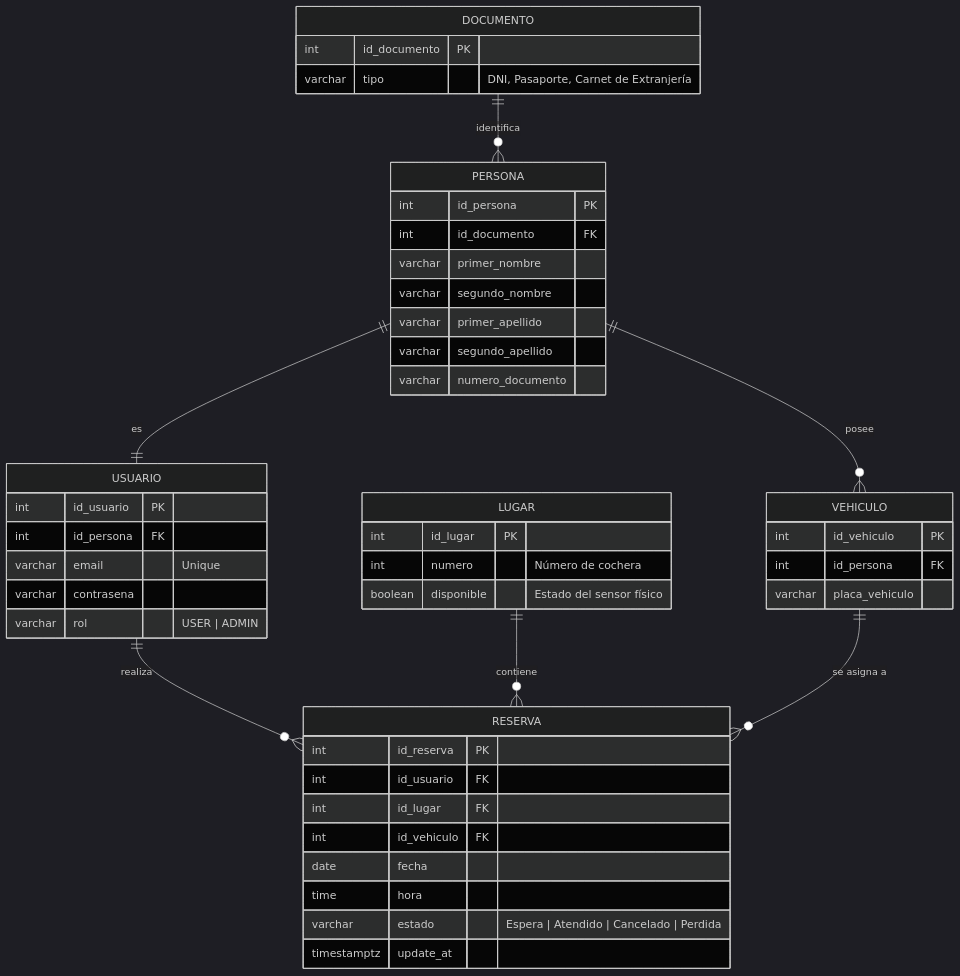
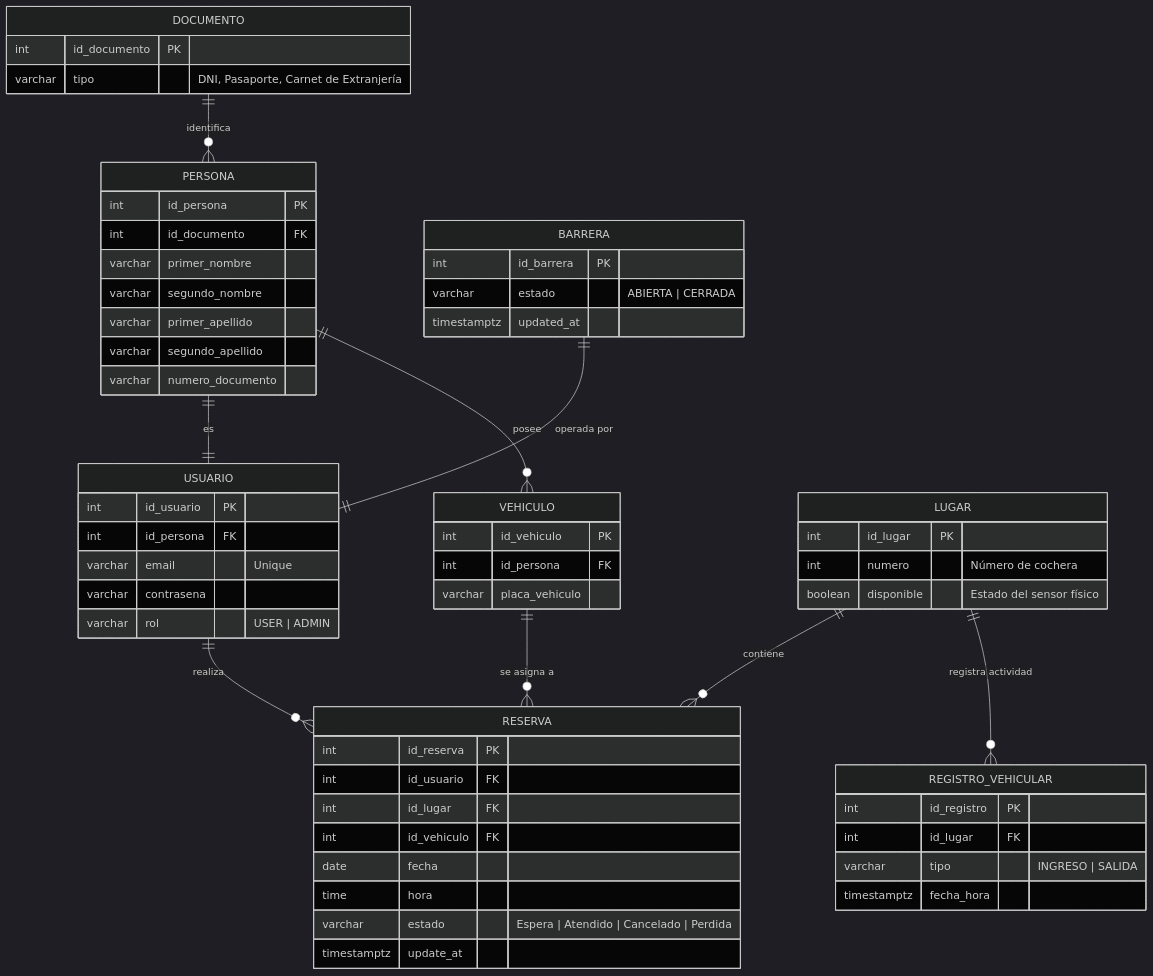
The diagram in README.md (Cesar-Sanchez-sof/EstacionamientoInteligente), drawn with Mermaid (dark theme) before and after one commit. The commit also changed other lines of this file, not shown here.

Commit message:
docs: update README.md with IoT double barrier control and ESP32 multi-core architecture

````diff
--- a/README.md
+++ b/README.md
@@ -69,50 +77,63 @@
 ```mermaid
 erDiagram
     DOCUMENTO ||--o{ PERSONA : "identifica"
     PERSONA ||--|| USUARIO : "es"
     PERSONA ||--o{ VEHICULO : "posee"
     USUARIO ||--o{ RESERVA : "realiza"
     LUGAR ||--o{ RESERVA : "contiene"
     VEHICULO ||--o{ RESERVA : "se asigna a"
+    LUGAR ||--o{ REGISTRO_VEHICULAR : "registra actividad"
+    BARRERA ||--|| USUARIO : "operada por"
 
     DOCUMENTO {
         int id_documento PK
         varchar tipo "DNI, Pasaporte, Carnet de Extranjería"
     }
     PERSONA {
         int id_persona PK
         int id_documento FK
         varchar primer_nombre
         varchar segundo_nombre
         varchar primer_apellido
         varchar segundo_apellido
         varchar numero_documento
     }
     VEHICULO {
         int id_vehiculo PK
         int id_persona FK
         varchar placa_vehiculo
     }
     USUARIO {
         int id_usuario PK
         int id_persona FK
         varchar email "Unique"
         varchar contrasena
         varchar rol "USER | ADMIN"
     }
     LUGAR {
         int id_lugar PK
         int numero "Número de cochera"
         boolean disponible "Estado del sensor físico"
     }
     RESERVA {
         int id_reserva PK
         int id_usuario FK
         int id_lugar FK
         int id_vehiculo FK
         date fecha
         time hora
         varchar estado "Espera | Atendido | Cancelado | Perdida"
         timestamptz update_at
     }
+    REGISTRO_VEHICULAR {
+        int id_registro PK
+        int id_lugar FK
+        varchar tipo "INGRESO | SALIDA"
+        timestamptz fecha_hora
+    }
+    BARRERA {
+        int id_barrera PK
+        varchar estado "ABIERTA | CERRADA"
+        timestamptz updated_at
+    }
 ```
````
